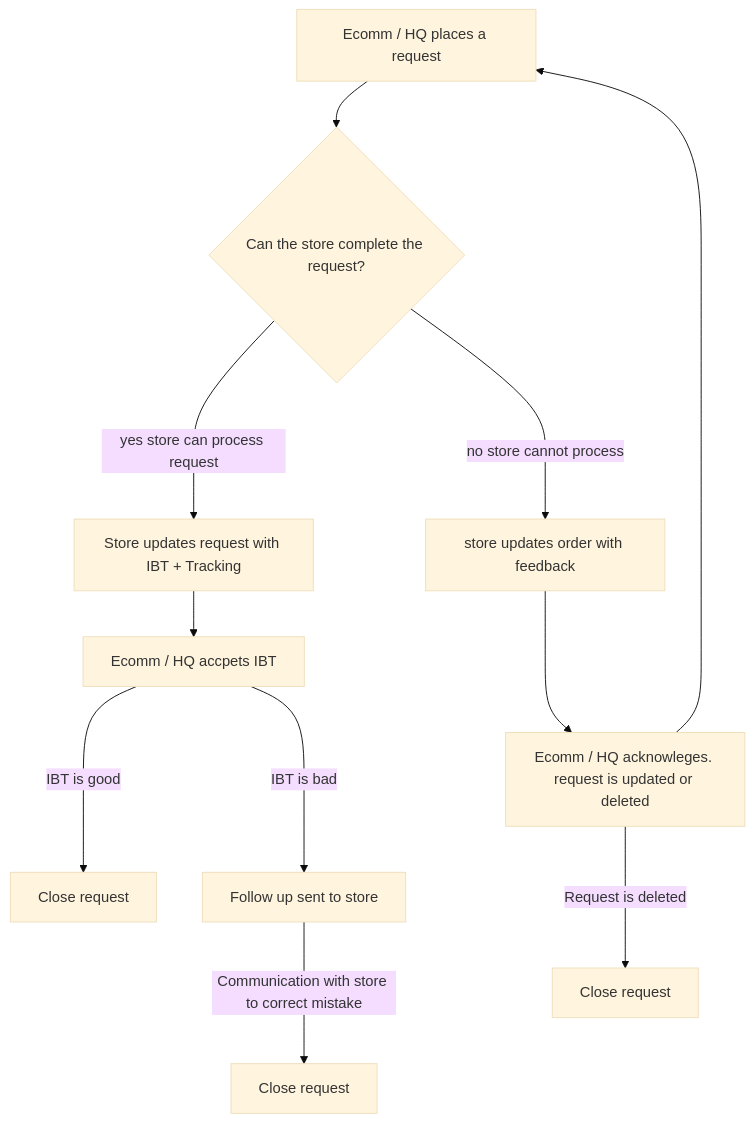
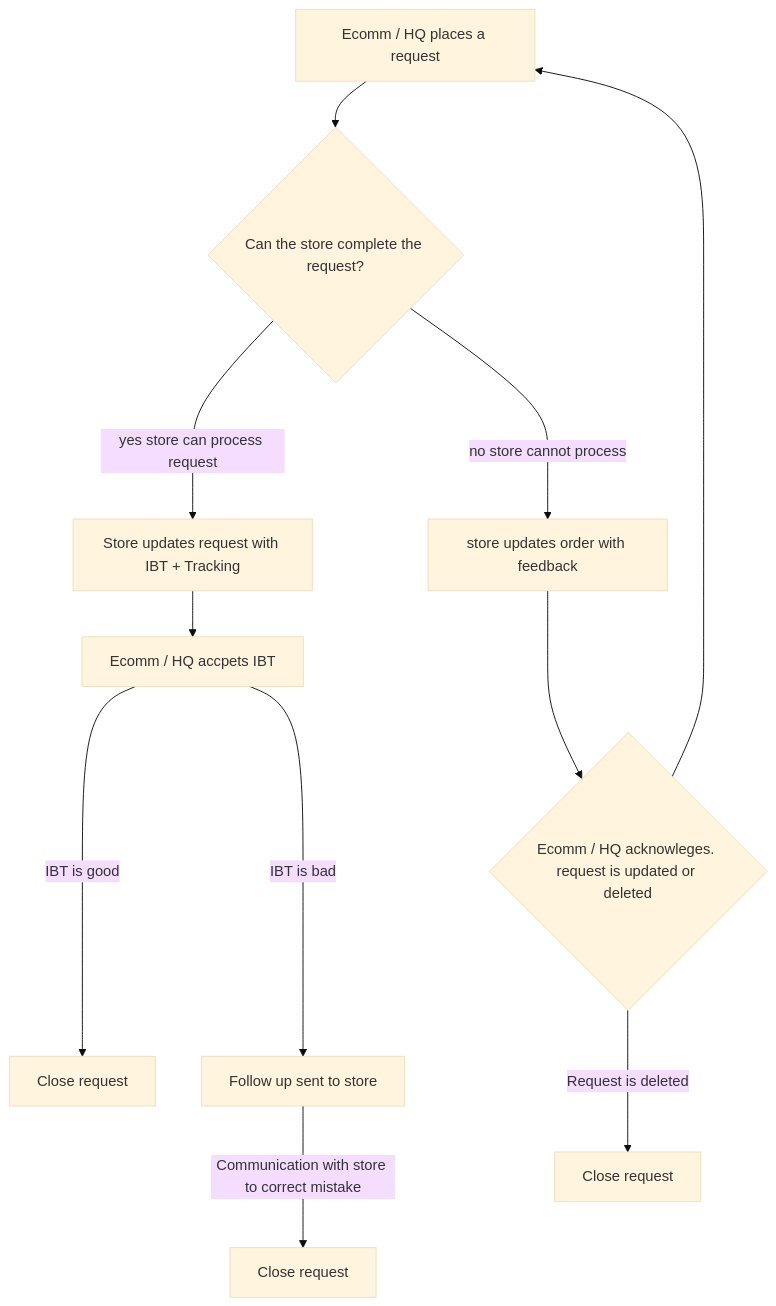
Before and after one commit to CapSap/paddy-mern-4: the diagram in README.md, drawn with Mermaid (base theme).

````diff
--- a/README.md
+++ b/README.md
@@ -19,13 +19,13 @@
 ```mermaid
   graph TD;
       A[Ecomm / HQ places a request] --> B{Can the store complete the request?}
       B--yes store can process request---> C[Store updates request with IBT + Tracking]
       B--no store cannot process--->D[store updates order with feedback]
-      D--->E[Ecomm / HQ acknowleges. request is updated or deleted]
+      D--->E{Ecomm / HQ acknowleges. request is updated or deleted}
       E-->A
       E--Request is deleted--->I[Close request]
       C-->F[Ecomm / HQ  accpets IBT]
       F --IBT is good---> G[Close request]
       F --IBT is bad ---> H[Follow up sent to store]
       H --Communication with store to correct mistake ---> J[Close request]
 ```
````
